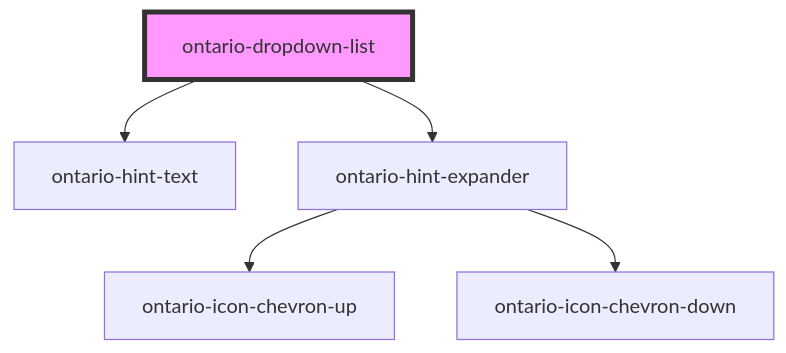
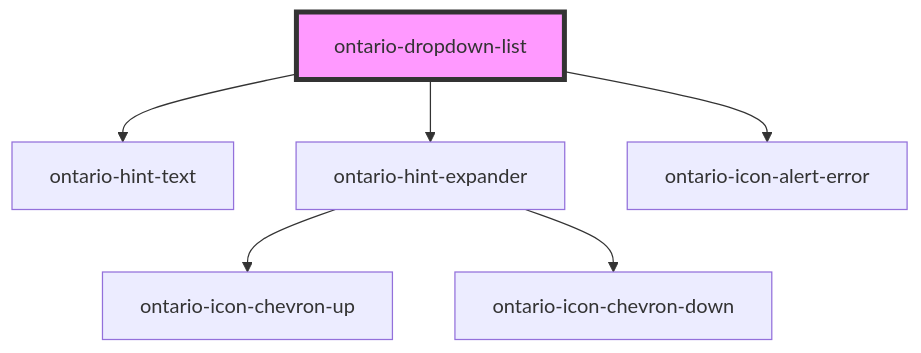
One commit to ongov/ontario-design-system changed the diagram in packages/ontario-design-system-component-library/src/components/ontario-dropdown-list/readme.md. Above: the diagram before and after it, drawn with Mermaid. The commit also changed other lines of this file and 2 other files, not shown here.

````diff
--- a/packages/ontario-design-system-component-library/src/components/ontario-dropdown-list/readme.md
+++ b/packages/ontario-design-system-component-library/src/components/ontario-dropdown-list/readme.md
@@ -321,8 +324,9 @@
 ```mermaid
 graph TD;
   ontario-dropdown-list --> ontario-hint-text
   ontario-dropdown-list --> ontario-hint-expander
+  ontario-dropdown-list --> ontario-icon-alert-error
   ontario-hint-expander --> ontario-icon-chevron-up
   ontario-hint-expander --> ontario-icon-chevron-down
   style ontario-dropdown-list fill:#f9f,stroke:#333,stroke-width:4px
 ```
````
